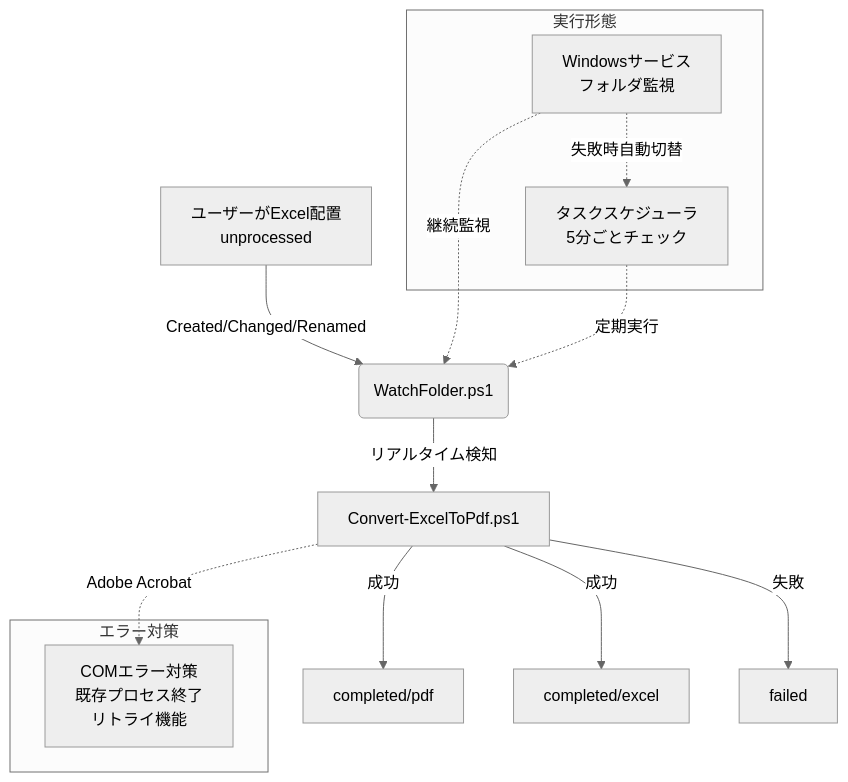
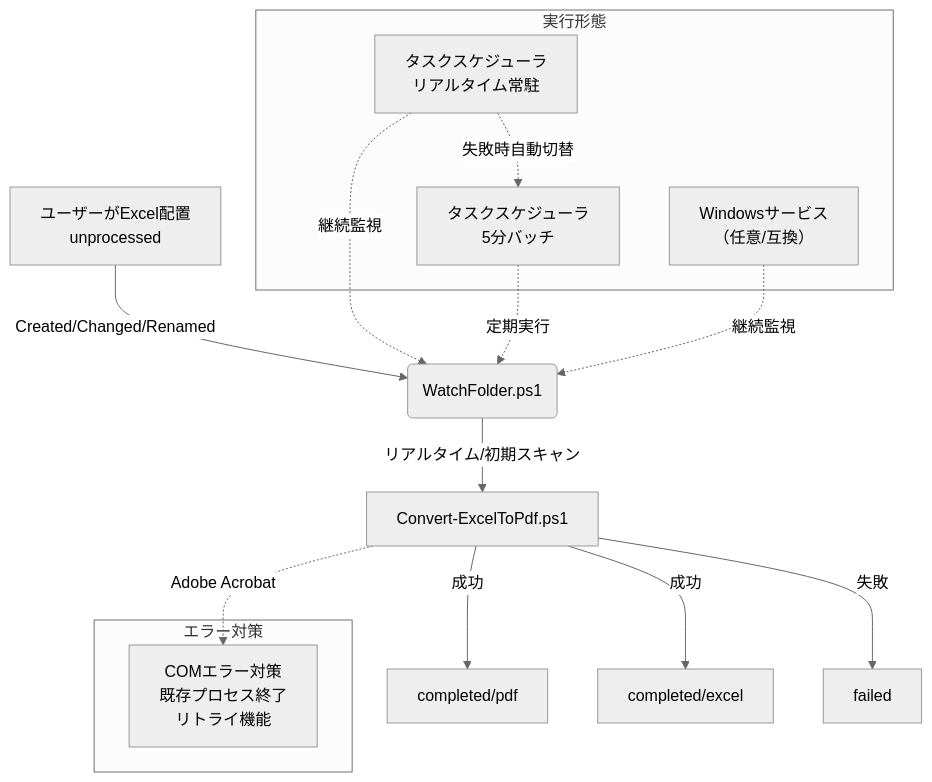
The diagram in README.md (check5004/excel-to-pdf-by-acrobat), drawn with Mermaid (neutral theme) before and after one commit. The commit also changed other lines of this file, not shown here.

````diff
--- a/README.md
+++ b/README.md
@@ -240,21 +265,23 @@
 ```mermaid
 flowchart TD
     U[ユーザーがExcel配置\nunprocessed] -->|Created/Changed/Renamed| W(WatchFolder.ps1)
-    W -->|リアルタイム検知| C[Convert-ExcelToPdf.ps1]
+    W -->|リアルタイム/初期スキャン| C[Convert-ExcelToPdf.ps1]
     C -->|成功| P[completed/pdf]
     C -->|成功| E[completed/excel]
     C -->|失敗| F[failed]
 
     subgraph 実行形態
-        Svc[Windowsサービス<br/>フォルダ監視] -.->|失敗時自動切替| Task[タスクスケジューラ<br/>5分ごとチェック]
+        RT[タスクスケジューラ<br/>リアルタイム常駐] -.->|失敗時自動切替| Batch[タスクスケジューラ<br/>5分バッチ]
+        Svc[Windowsサービス<br/>（任意/互換）]
     end
 
+    RT -.->|継続監視| W
+    Batch -.->|定期実行| W
     Svc -.->|継続監視| W
-    Task -.->|定期実行| W
 
     subgraph エラー対策
         COM[COMエラー対策<br/>既存プロセス終了<br/>リトライ機能]
     end
 
     C -.->|Adobe Acrobat| COM
 ```
````
